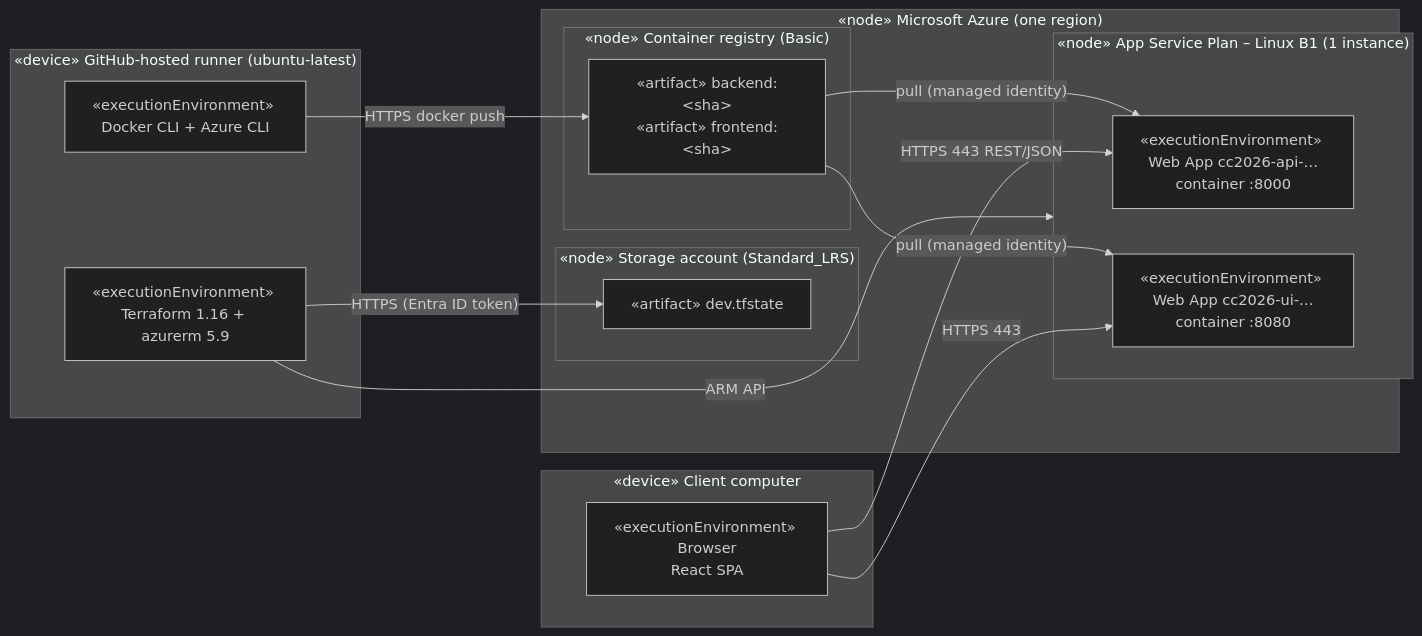
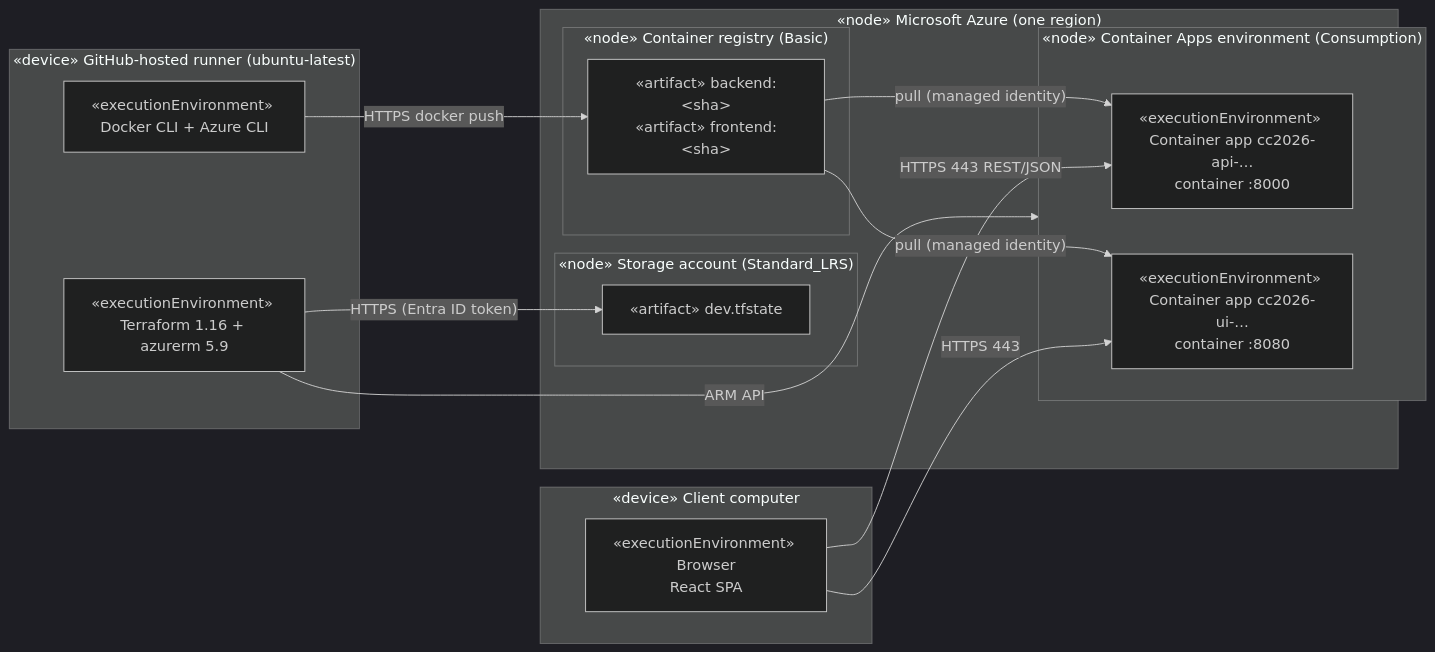
One commit to agi1clj/CC2026_DS_Infra changed the second of 3 diagrams in docs/architecture.md. Above: the diagram before and after it, drawn with Mermaid (dark theme). The commit also changed other lines of this file and 20 other files, not shown here.

First line of the commit message:
feat(hosting): run the apps on Azure Container Apps by default

````diff
--- a/docs/architecture.md
+++ b/docs/architecture.md
@@ -49,31 +49,31 @@
 ```mermaid
 flowchart LR
     subgraph runner["«device» GitHub-hosted runner (ubuntu-latest)"]
         tf["«executionEnvironment» Terraform 1.16 + azurerm 5.9"]
         dockercli["«executionEnvironment» Docker CLI + Azure CLI"]
     end
 
     subgraph azure["«node» Microsoft Azure (one region)"]
         subgraph storage["«node» Storage account (Standard_LRS)"]
             statefile["«artifact» dev.tfstate"]
         end
         subgraph registry["«node» Container registry (Basic)"]
             images["«artifact» backend:&lt;sha&gt;<br/>«artifact» frontend:&lt;sha&gt;"]
         end
-        subgraph asp["«node» App Service Plan – Linux B1 (1 instance)"]
-            bewa["«executionEnvironment» Web App cc2026-api-…<br/>container :8000"]
-            fewa["«executionEnvironment» Web App cc2026-ui-…<br/>container :8080"]
+        subgraph asp["«node» Container Apps environment (Consumption)"]
+            bewa["«executionEnvironment» Container app cc2026-api-…<br/>container :8000"]
+            fewa["«executionEnvironment» Container app cc2026-ui-…<br/>container :8080"]
         end
     end
 
     subgraph client["«device» Client computer"]
         browser["«executionEnvironment» Browser<br/>React SPA"]
     end
 
     tf -- "HTTPS (Entra ID token)" --> statefile
     tf -- "ARM API" --> asp
     dockercli -- "HTTPS docker push" --> images
     images -- "pull (managed identity)" --> bewa & fewa
     browser -- "HTTPS 443" --> fewa
     browser -- "HTTPS 443 REST/JSON" --> bewa
 ```
````
